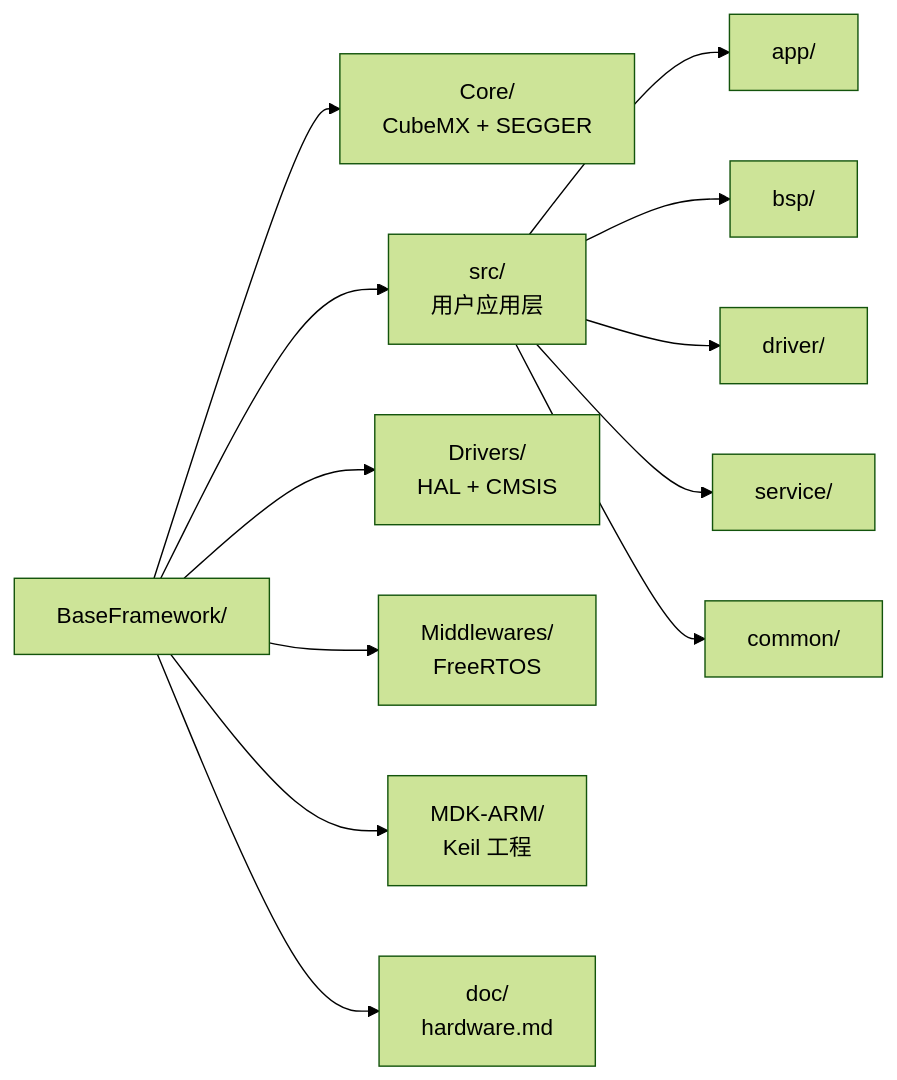
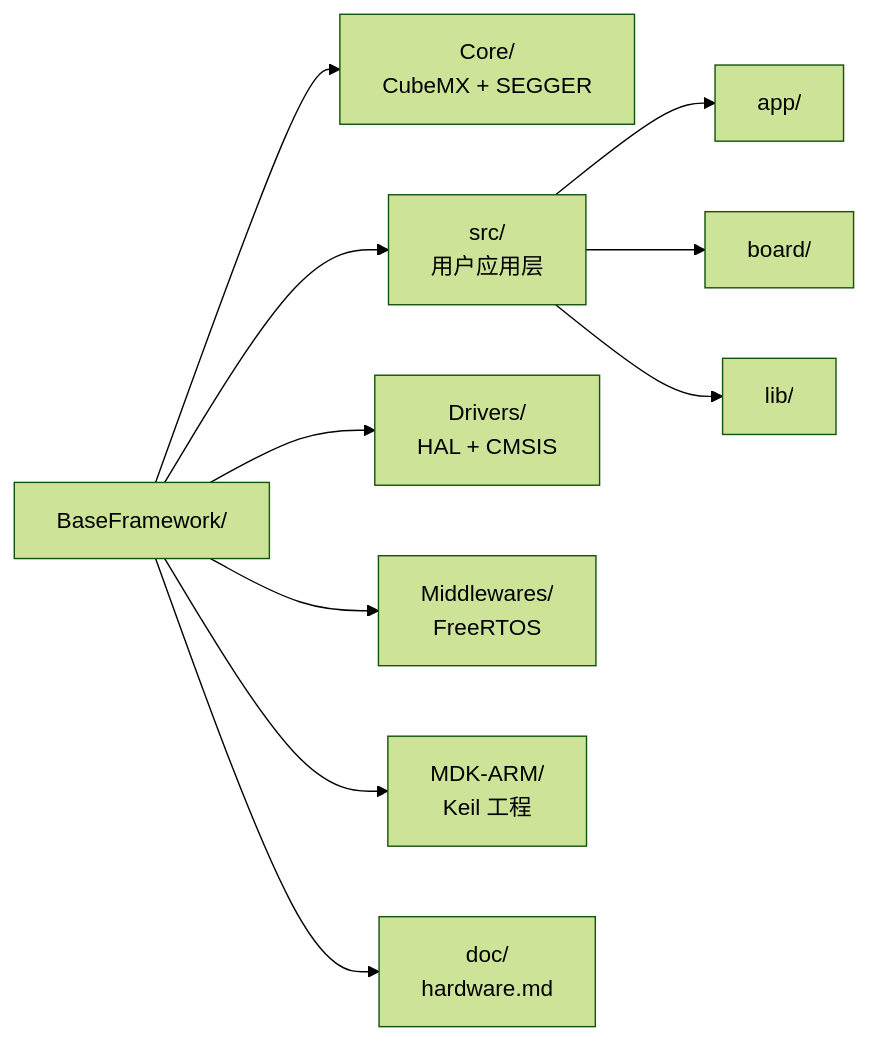
One commit to 4ImL3sSb0T/BaseFramework changed the third of 11 diagrams in README.md. Above: the diagram before and after it, drawn with Mermaid (forest theme). The commit also changed other lines of this file and 291 other files, not shown here.

````diff
--- a/README.md
+++ b/README.md
@@ -90,16 +87,14 @@
 ```mermaid
 flowchart LR
   ROOT[BaseFramework/]
   ROOT --> Core[Core/<br/>CubeMX + SEGGER]
   ROOT --> Src[src/<br/>用户应用层]
   ROOT --> Drivers[Drivers/<br/>HAL + CMSIS]
   ROOT --> MW[Middlewares/<br/>FreeRTOS]
   ROOT --> MDK[MDK-ARM/<br/>Keil 工程]
   ROOT --> Doc[doc/<br/>hardware.md]
 
   Src --> App[app/]
-  Src --> Bsp[bsp/]
-  Src --> Drv[driver/]
-  Src --> Svc[service/]
-  Src --> Cmn[common/]
+  Src --> Board[board/]
+  Src --> Lib[lib/]
 ```
````
